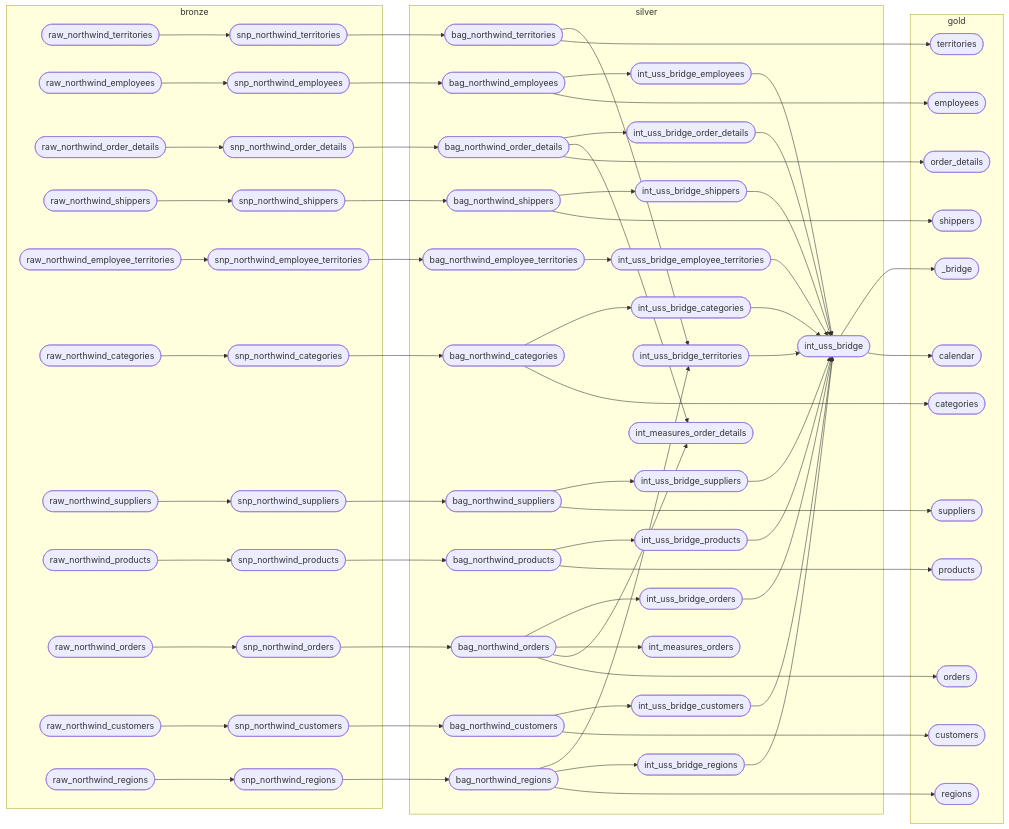
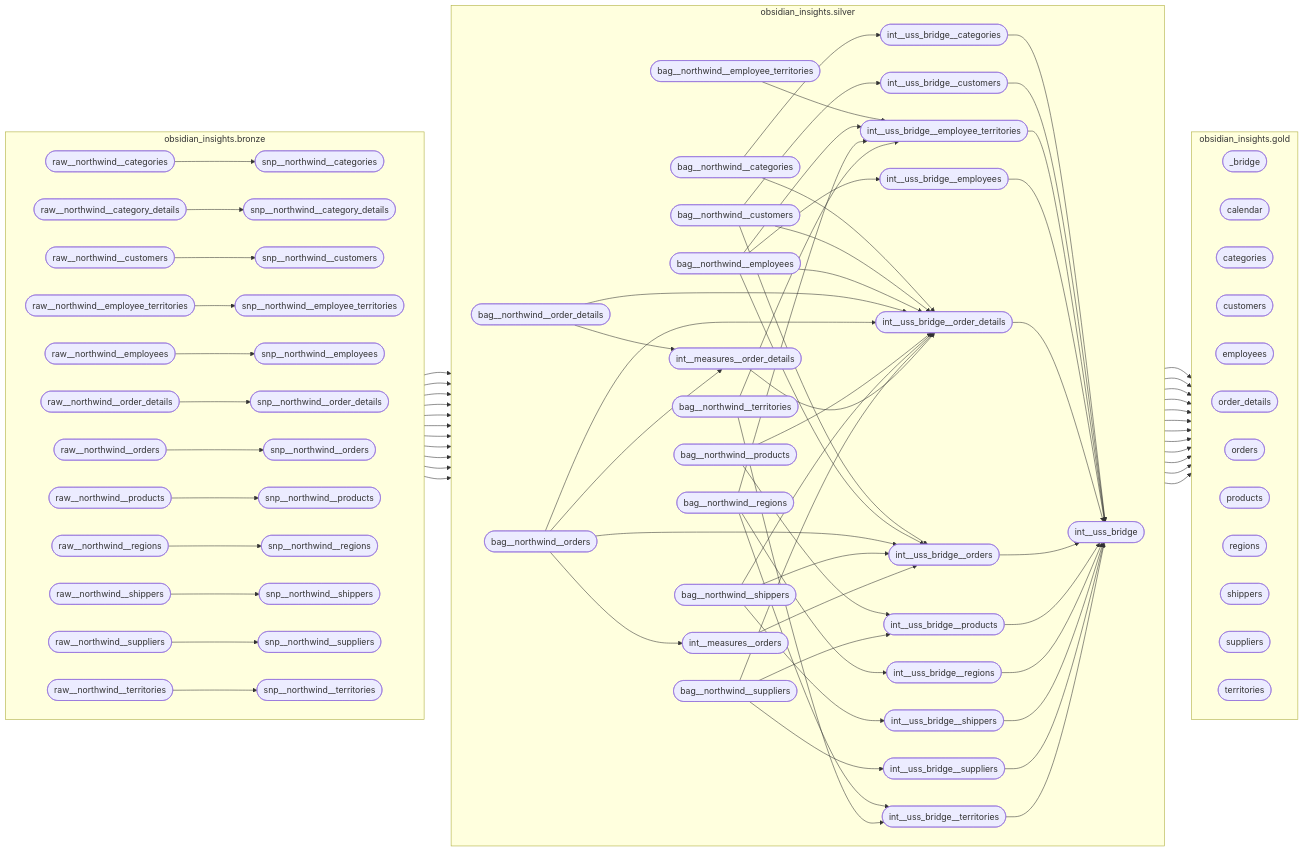
One commit to mattiasthalen/obsidian-insights changed the second of 5 diagrams in README.md. Above: the diagram before and after it, drawn with Mermaid. The commit also changed 1 other file, not shown here.

Commit message:
Finalize script and render output to readme

````diff
--- a/README.md
+++ b/README.md
@@ -112,147 +112,160 @@
 ```mermaid
 flowchart LR
-    %% Bronze Layer
-    subgraph Bronze["bronze"]
-        raw_territories(["raw_northwind_territories"])
-        raw_employees(["raw_northwind_employees"])
-        raw_order_details(["raw_northwind_order_details"])
-        raw_shippers(["raw_northwind_shippers"])
-        raw_emp_territories(["raw_northwind_employee_territories"])
-        raw_categories(["raw_northwind_categories"])
-        raw_suppliers(["raw_northwind_suppliers"])
-        raw_products(["raw_northwind_products"])
-        raw_orders(["raw_northwind_orders"])
-        raw_customers(["raw_northwind_customers"])
-        raw_regions(["raw_northwind_regions"])
-
-        snp_territories(["snp_northwind_territories"])
-        snp_employees(["snp_northwind_employees"])
-        snp_order_details(["snp_northwind_order_details"])
-        snp_shippers(["snp_northwind_shippers"])
-        snp_emp_territories(["snp_northwind_employee_territories"])
-        snp_categories(["snp_northwind_categories"])
-        snp_suppliers(["snp_northwind_suppliers"])
-        snp_products(["snp_northwind_products"])
-        snp_orders(["snp_northwind_orders"])
-        snp_customers(["snp_northwind_customers"])
-        snp_regions(["snp_northwind_regions"])
+    subgraph obsidian_insights.bronze["obsidian_insights.bronze"]
+        direction LR
+        raw__northwind__categories(["raw__northwind__categories"])
+        raw__northwind__category_details(["raw__northwind__category_details"])
+        raw__northwind__customers(["raw__northwind__customers"])
+        raw__northwind__employee_territories(["raw__northwind__employee_territories"])
+        raw__northwind__employees(["raw__northwind__employees"])
+        raw__northwind__order_details(["raw__northwind__order_details"])
+        raw__northwind__orders(["raw__northwind__orders"])
+        raw__northwind__products(["raw__northwind__products"])
+        raw__northwind__regions(["raw__northwind__regions"])
+        raw__northwind__shippers(["raw__northwind__shippers"])
+        raw__northwind__suppliers(["raw__northwind__suppliers"])
+        raw__northwind__territories(["raw__northwind__territories"])
+        snp__northwind__categories(["snp__northwind__categories"])
+        snp__northwind__category_details(["snp__northwind__category_details"])
+        snp__northwind__customers(["snp__northwind__customers"])
+        snp__northwind__employee_territories(["snp__northwind__employee_territories"])
+        snp__northwind__employees(["snp__northwind__employees"])
+        snp__northwind__order_details(["snp__northwind__order_details"])
+        snp__northwind__orders(["snp__northwind__orders"])
+        snp__northwind__products(["snp__northwind__products"])
+        snp__northwind__regions(["snp__northwind__regions"])
+        snp__northwind__shippers(["snp__northwind__shippers"])
+        snp__northwind__suppliers(["snp__northwind__suppliers"])
+        snp__northwind__territories(["snp__northwind__territories"])
     end
 
-    %% Silver Layer
-    subgraph Silver["silver"]
-        bag_orders(["bag_northwind_orders"])
-        bag_regions(["bag_northwind_regions"])
-        bag_territories(["bag_northwind_territories"])
-        bag_customers(["bag_northwind_customers"])
-        bag_products(["bag_northwind_products"])
-        bag_categories(["bag_northwind_categories"])
-        bag_suppliers(["bag_northwind_suppliers"])
-        bag_shippers(["bag_northwind_shippers"])
-        bag_employees(["bag_northwind_employees"])
-        bag_emp_territories(["bag_northwind_employee_territories"])
-        bag_order_details(["bag_northwind_order_details"])
-
-        int_uss_bridge(["int_uss_bridge"])
-        int_territories(["int_uss_bridge_territories"])
-        int_customers(["int_uss_bridge_customers"])
-        int_regions(["int_uss_bridge_regions"])
-        int_categories(["int_uss_bridge_categories"])
-        int_suppliers(["int_uss_bridge_suppliers"])
-        int_products(["int_uss_bridge_products"])
-        int_orders(["int_uss_bridge_orders"])
-        int_employees(["int_uss_bridge_employees"])
-        int_emp_territories(["int_uss_bridge_employee_territories"])
-        int_order_details(["int_uss_bridge_order_details"])
-        int_shippers(["int_uss_bridge_shippers"])
-
-        int_measures_orders(["int_measures_orders"])
-        int_measures_order_details(["int_measures_order_details"])
+    subgraph obsidian_insights.silver["obsidian_insights.silver"]
+        direction LR
+        bag__northwind__categories(["bag__northwind__categories"])
+        bag__northwind__customers(["bag__northwind__customers"])
+        bag__northwind__employee_territories(["bag__northwind__employee_territories"])
+        bag__northwind__employees(["bag__northwind__employees"])
+        bag__northwind__order_details(["bag__northwind__order_details"])
+        bag__northwind__orders(["bag__northwind__orders"])
+        bag__northwind__products(["bag__northwind__products"])
+        bag__northwind__regions(["bag__northwind__regions"])
+        bag__northwind__shippers(["bag__northwind__shippers"])
+        bag__northwind__suppliers(["bag__northwind__suppliers"])
+        bag__northwind__territories(["bag__northwind__territories"])
+        int__measures__order_details(["int__measures__order_details"])
+        int__measures__orders(["int__measures__orders"])
+        int__uss_bridge(["int__uss_bridge"])
+        int__uss_bridge__categories(["int__uss_bridge__categories"])
+        int__uss_bridge__customers(["int__uss_bridge__customers"])
+        int__uss_bridge__employee_territories(["int__uss_bridge__employee_territories"])
+        int__uss_bridge__employees(["int__uss_bridge__employees"])
+        int__uss_bridge__order_details(["int__uss_bridge__order_details"])
+        int__uss_bridge__orders(["int__uss_bridge__orders"])
+        int__uss_bridge__products(["int__uss_bridge__products"])
+        int__uss_bridge__regions(["int__uss_bridge__regions"])
+        int__uss_bridge__shippers(["int__uss_bridge__shippers"])
+        int__uss_bridge__suppliers(["int__uss_bridge__suppliers"])
+        int__uss_bridge__territories(["int__uss_bridge__territories"])
     end
 
-    %% Gold Layer
-    subgraph Gold["gold"]
-        gold_suppliers(["suppliers"])
-        gold_products(["products"])
-        gold_regions(["regions"])
-        gold_categories(["categories"])
-        gold_customers(["customers"])
-        gold_orders(["orders"])
-        gold_employees(["employees"])
-        gold_order_details(["order_details"])
-        gold_bridge(["_bridge"])
-        gold_shippers(["shippers"])
-        gold_territories(["territories"])
-        gold_calendar(["calendar"])
+    subgraph obsidian_insights.gold["obsidian_insights.gold"]
+        direction LR
+        _bridge(["_bridge"])
+        calendar(["calendar"])
+        categories(["categories"])
+        customers(["customers"])
+        employees(["employees"])
+        order_details(["order_details"])
+        orders(["orders"])
+        products(["products"])
+        regions(["regions"])
+        shippers(["shippers"])
+        suppliers(["suppliers"])
+        territories(["territories"])
     end
 
-    %% Bronze to Bronze Relationships
-    raw_territories --> snp_territories
-    raw_employees --> snp_employees
-    raw_order_details --> snp_order_details
-    raw_shippers --> snp_shippers
-    raw_emp_territories --> snp_emp_territories
-    raw_categories --> snp_categories
-    raw_suppliers --> snp_suppliers
-    raw_products --> snp_products
-    raw_orders --> snp_orders
-    raw_customers --> snp_customers
-    raw_regions --> snp_regions
+    %% obsidian_insights.bronze -> obsidian_insights.bronze
+    raw__northwind__categories --> snp__northwind__categories
+    raw__northwind__category_details --> snp__northwind__category_details
+    raw__northwind__customers --> snp__northwind__customers
+    raw__northwind__employee_territories --> snp__northwind__employee_territories
+    raw__northwind__employees --> snp__northwind__employees
+    raw__northwind__order_details --> snp__northwind__order_details
+    raw__northwind__orders --> snp__northwind__orders
+    raw__northwind__products --> snp__northwind__products
+    raw__northwind__regions --> snp__northwind__regions
+    raw__northwind__shippers --> snp__northwind__shippers
+    raw__northwind__suppliers --> snp__northwind__suppliers
+    raw__northwind__territories --> snp__northwind__territories
 
-    %% Bronze to Silver Relationships
-    snp_orders --> bag_orders
-    snp_regions --> bag_regions
-    snp_territories --> bag_territories
-    snp_customers --> bag_customers
-    snp_products --> bag_products
-    snp_categories --> bag_categories
-    snp_suppliers --> bag_suppliers
-    snp_shippers --> bag_shippers
-    snp_employees --> bag_employees
-    snp_emp_territories --> bag_emp_territories
-    snp_order_details --> bag_order_details
+    %% obsidian_insights.bronze -> obsidian_insights.silver
+    snp__northwind__category_details --> bag__northwind__categories
+    snp__northwind__customers --> bag__northwind__customers
+    snp__northwind__employee_territories --> bag__northwind__employee_territories
+    snp__northwind__employees --> bag__northwind__employees
+    snp__northwind__order_details --> bag__northwind__order_details
+    snp__northwind__orders --> bag__northwind__orders
+    snp__northwind__products --> bag__northwind__products
+    snp__northwind__regions --> bag__northwind__regions
+    snp__northwind__shippers --> bag__northwind__shippers
+    snp__northwind__suppliers --> bag__northwind__suppliers
+    snp__northwind__territories --> bag__northwind__territories
 
-    %% Silver Layer Relationships
-    bag_regions --> int_territories
-    bag_territories --> int_territories
-    bag_customers --> int_customers
-    bag_regions --> int_regions
-    bag_categories --> int_categories
-    bag_suppliers --> int_suppliers
-    bag_products --> int_products
-    bag_orders --> int_orders
-    bag_employees --> int_employees
-    bag_emp_territories --> int_emp_territories
-    bag_order_details --> int_order_details
-    bag_shippers --> int_shippers
+    %% obsidian_insights.silver -> obsidian_insights.silver
+    bag__northwind__categories --> int__uss_bridge__categories
+    bag__northwind__categories --> int__uss_bridge__order_details
+    bag__northwind__customers --> int__uss_bridge__customers
+    bag__northwind__customers --> int__uss_bridge__order_details
+    bag__northwind__customers --> int__uss_bridge__orders
+    bag__northwind__employee_territories --> int__uss_bridge__employee_territories
+    bag__northwind__employees --> int__uss_bridge__employee_territories
+    bag__northwind__employees --> int__uss_bridge__employees
+    bag__northwind__employees --> int__uss_bridge__order_details
+    bag__northwind__employees --> int__uss_bridge__orders
+    bag__northwind__order_details --> int__measures__order_details
+    bag__northwind__order_details --> int__uss_bridge__order_details
+    bag__northwind__orders --> int__measures__order_details
+    bag__northwind__orders --> int__measures__orders
+    bag__northwind__orders --> int__uss_bridge__order_details
+    bag__northwind__orders --> int__uss_bridge__orders
+    bag__northwind__products --> int__uss_bridge__order_details
+    bag__northwind__products --> int__uss_bridge__products
+    bag__northwind__regions --> int__uss_bridge__employee_territories
+    bag__northwind__regions --> int__uss_bridge__regions
+    bag__northwind__regions --> int__uss_bridge__territories
+    bag__northwind__shippers --> int__uss_bridge__order_details
+    bag__northwind__shippers --> int__uss_bridge__orders
+    bag__northwind__shippers --> int__uss_bridge__shippers
+    bag__northwind__suppliers --> int__uss_bridge__order_details
+    bag__northwind__suppliers --> int__uss_bridge__products
+    bag__northwind__suppliers --> int__uss_bridge__suppliers
+    bag__northwind__territories --> int__uss_bridge__employee_territories
+    bag__northwind__territories --> int__uss_bridge__territories
+    int__measures__order_details --> int__uss_bridge__order_details
+    int__measures__orders --> int__uss_bridge__orders
+    int__uss_bridge__categories --> int__uss_bridge
+    int__uss_bridge__customers --> int__uss_bridge
+    int__uss_bridge__employee_territories --> int__uss_bridge
+    int__uss_bridge__employees --> int__uss_bridge
+    int__uss_bridge__order_details --> int__uss_bridge
+    int__uss_bridge__orders --> int__uss_bridge
+    int__uss_bridge__products --> int__uss_bridge
+    int__uss_bridge__regions --> int__uss_bridge
+    int__uss_bridge__shippers --> int__uss_bridge
+    int__uss_bridge__suppliers --> int__uss_bridge
+    int__uss_bridge__territories --> int__uss_bridge
 
-    bag_orders --> int_measures_orders
-    bag_orders --> int_measures_order_details
-    bag_order_details --> int_measures_order_details
-
-    %% Bridge Integration
-    int_categories --> int_uss_bridge
-    int_employees --> int_uss_bridge
-    int_customers --> int_uss_bridge
-    int_emp_territories --> int_uss_bridge
-    int_territories --> int_uss_bridge
-    int_suppliers --> int_uss_bridge
-    int_orders --> int_uss_bridge
-    int_products --> int_uss_bridge
-    int_order_details --> int_uss_bridge
-    int_regions --> int_uss_bridge
-    int_shippers --> int_uss_bridge
-
-    %% Silver to Gold Relationships
-    bag_suppliers --> gold_suppliers
-    bag_products --> gold_products
-    bag_regions --> gold_regions
-    bag_categories --> gold_categories
-    bag_customers --> gold_customers
-    bag_orders --> gold_orders
-    bag_employees --> gold_employees
-    bag_order_details --> gold_order_details
-    int_uss_bridge --> gold_bridge
-    bag_shippers --> gold_shippers
-    bag_territories --> gold_territories
-    int_uss_bridge --> gold_calendar
+    %% obsidian_insights.silver -> obsidian_insights.gold
+    bag__northwind__categories --> categories
+    bag__northwind__customers --> customers
+    bag__northwind__employees --> employees
+    bag__northwind__order_details --> order_details
+    bag__northwind__orders --> orders
+    bag__northwind__products --> products
+    bag__northwind__regions --> regions
+    bag__northwind__shippers --> shippers
+    bag__northwind__suppliers --> suppliers
+    bag__northwind__territories --> territories
+    int__uss_bridge --> _bridge
+    int__uss_bridge --> calendar
 ```
````
